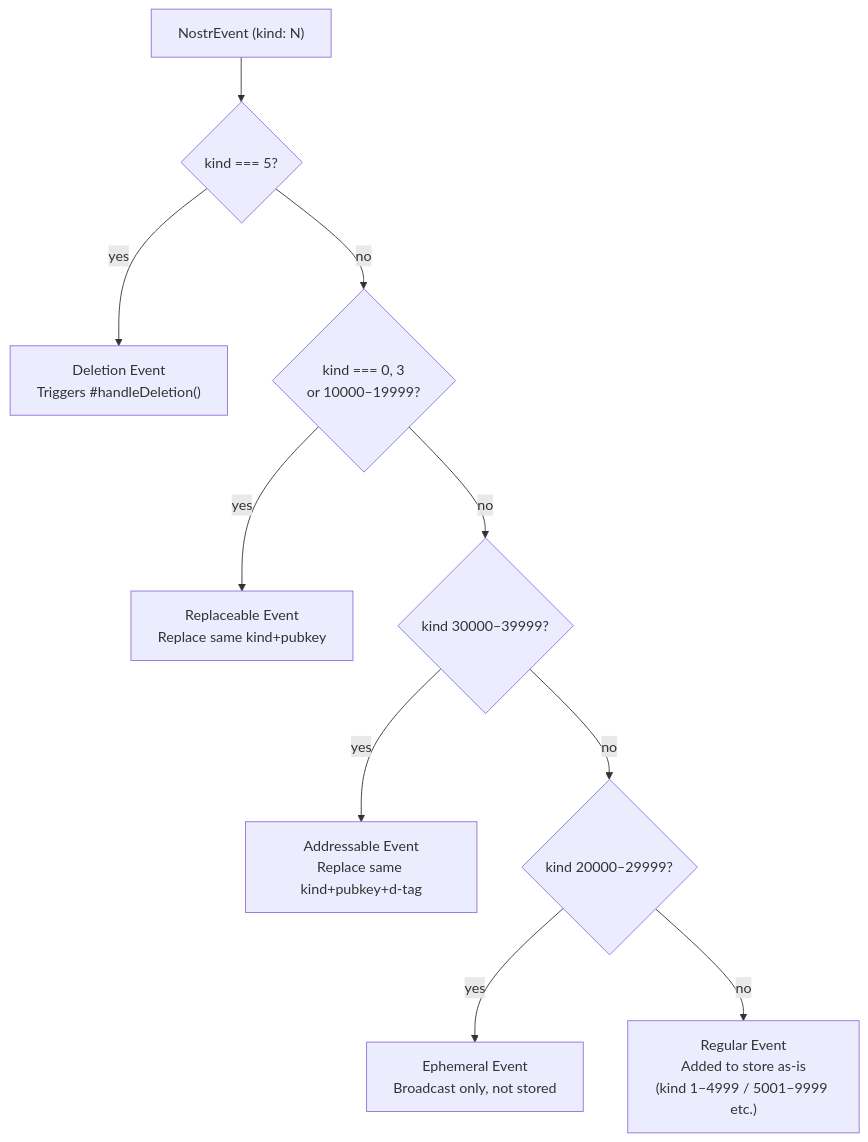
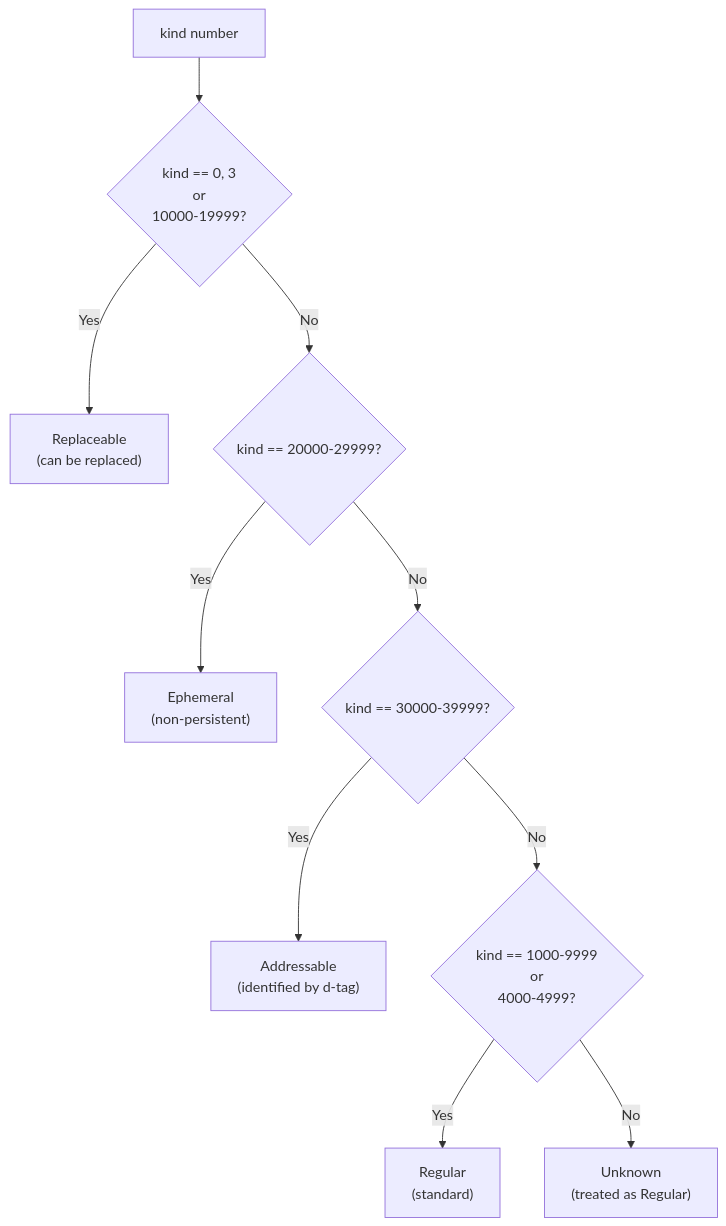
Before and after one commit to ikuradon/tsunagiya: the ninth of 15 diagrams in docs/en/reference/architecture.md, drawn with Mermaid. The commit also changed other lines of this file and 12 other files, not shown here.

First line of the commit message:
fix: architecture.md の日英齟齬を解消し未使用ファイルを削除

````diff
--- a/docs/en/reference/architecture.md
+++ b/docs/en/reference/architecture.md
@@ -311,12 +297,12 @@
 ```mermaid
 flowchart TD
-    EV["NostrEvent (kind: N)"] --> K5CHECK{"kind === 5?"}
-    K5CHECK -->|yes| DELETION["Deletion Event\nTriggers #handleDeletion()"]
-    K5CHECK -->|no| REPL_CHECK{"kind === 0, 3\nor 10000–19999?"}
-    REPL_CHECK -->|yes| REPLACEABLE["Replaceable Event\nReplace same kind+pubkey"]
-    REPL_CHECK -->|no| ADDR_CHECK{"kind 30000–39999?"}
-    ADDR_CHECK -->|yes| ADDRESSABLE["Addressable Event\nReplace same kind+pubkey+d-tag"]
-    ADDR_CHECK -->|no| EPH_CHECK{"kind 20000–29999?"}
-    EPH_CHECK -->|yes| EPHEMERAL["Ephemeral Event\nBroadcast only, not stored"]
-    EPH_CHECK -->|no| REGULAR["Regular Event\nAdded to store as-is\n(kind 1–4999 / 5001–9999 etc.)"]
+    Start["kind number"] --> R1{"kind == 0, 3\nor\n10000-19999?"}
+    R1 -->|"Yes"| Replaceable["Replaceable\n(can be replaced)"]
+    R1 -->|"No"| R2{"kind == 20000-29999?"}
+    R2 -->|"Yes"| Ephemeral["Ephemeral\n(non-persistent)"]
+    R2 -->|"No"| R3{"kind == 30000-39999?"}
+    R3 -->|"Yes"| Addressable["Addressable\n(identified by d-tag)"]
+    R3 -->|"No"| R4{"kind == 1000-9999\nor\n4000-4999?"}
+    R4 -->|"Yes"| Regular["Regular\n(standard)"]
+    R4 -->|"No"| Unknown["Unknown\n(treated as Regular)"]
 ```
````
